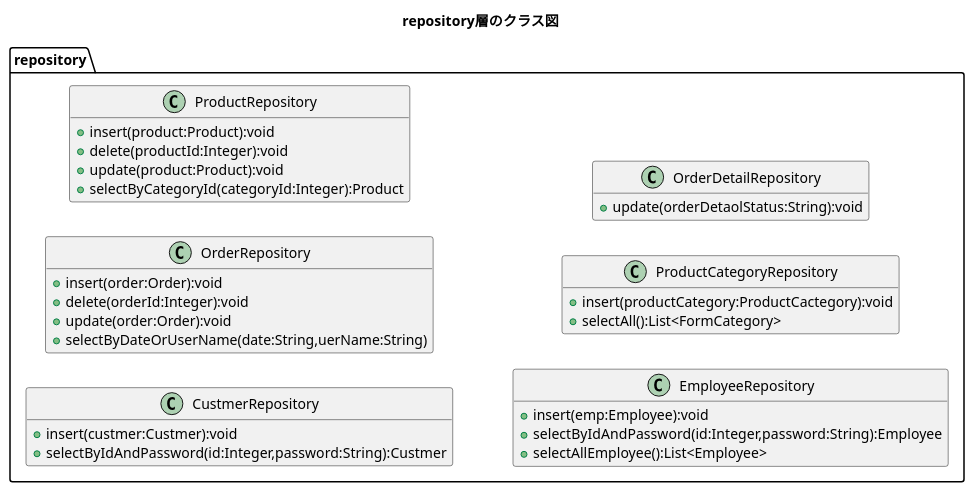
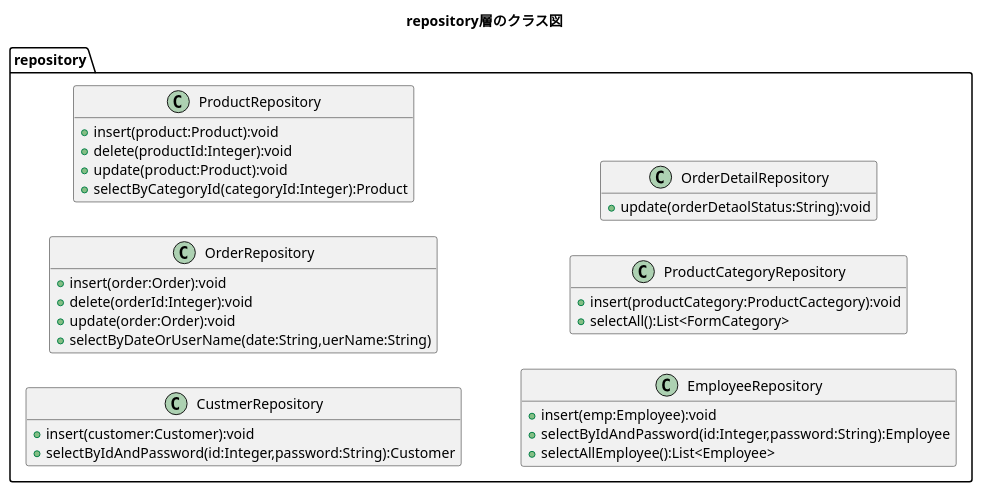
The diagram in plan/uml/class/repository.plantuml (kanavii3333/ec-b), drawn with PlantUML before and after one commit. The commit also changed 3 other files, not shown here.

Commit message:
CustomerRepository,ProductRepository作成、repository.plantuml修正

```diff
--- a/plan/uml/class/repository.plantuml
+++ b/plan/uml/class/repository.plantuml
@@ -1,41 +1,41 @@
 @startuml
 title repository層のクラス図
 hide empty members
 left to right direction
 
 package repository{
     class CustmerRepository{
-        +insert(custmer:Custmer):void
-        +selectByIdAndPassword(id:Integer,password:String):Custmer
+        +insert(customer:Customer):void
+        +selectByIdAndPassword(id:Integer,password:String):Customer
     }
 
     class OrderRepository{
         +insert(order:Order):void
         +delete(orderId:Integer):void
         +update(order:Order):void
         +selectByDateOrUserName(date:String,uerName:String)
     }
 
     class ProductRepository{
         +insert(product:Product):void
         +delete(productId:Integer):void
         +update(product:Product):void
         +selectByCategoryId(categoryId:Integer):Product
     }
 
     class EmployeeRepository{
         +insert(emp:Employee):void
         +selectByIdAndPassword(id:Integer,password:String):Employee
         +selectAllEmployee():List<Employee>
     }
 
     class ProductCategoryRepository{
         +insert(productCategory:ProductCactegory):void
         +selectAll():List<FormCategory>
     }
 
     class OrderDetailRepository{
         +update(orderDetaolStatus:String):void
     }
 }
 @enduml
```
